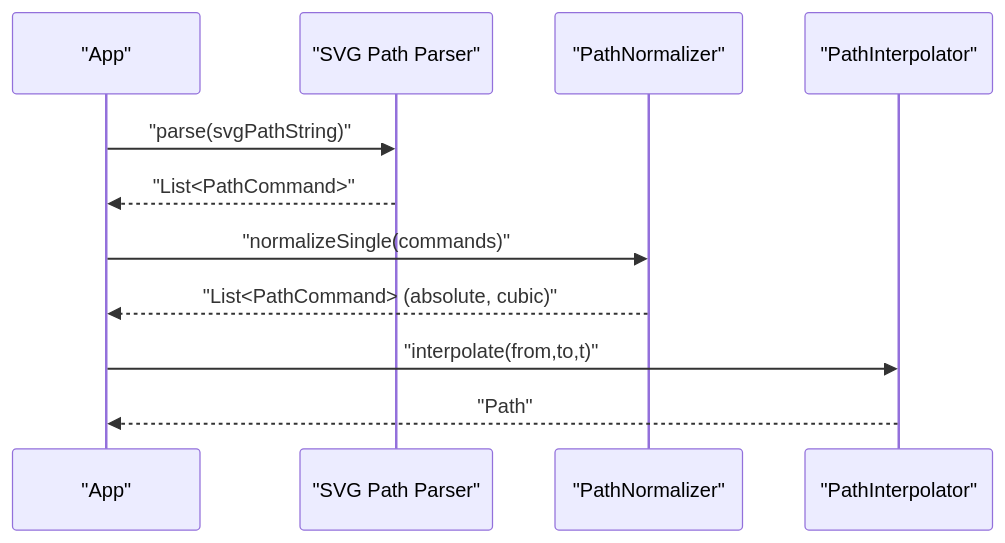
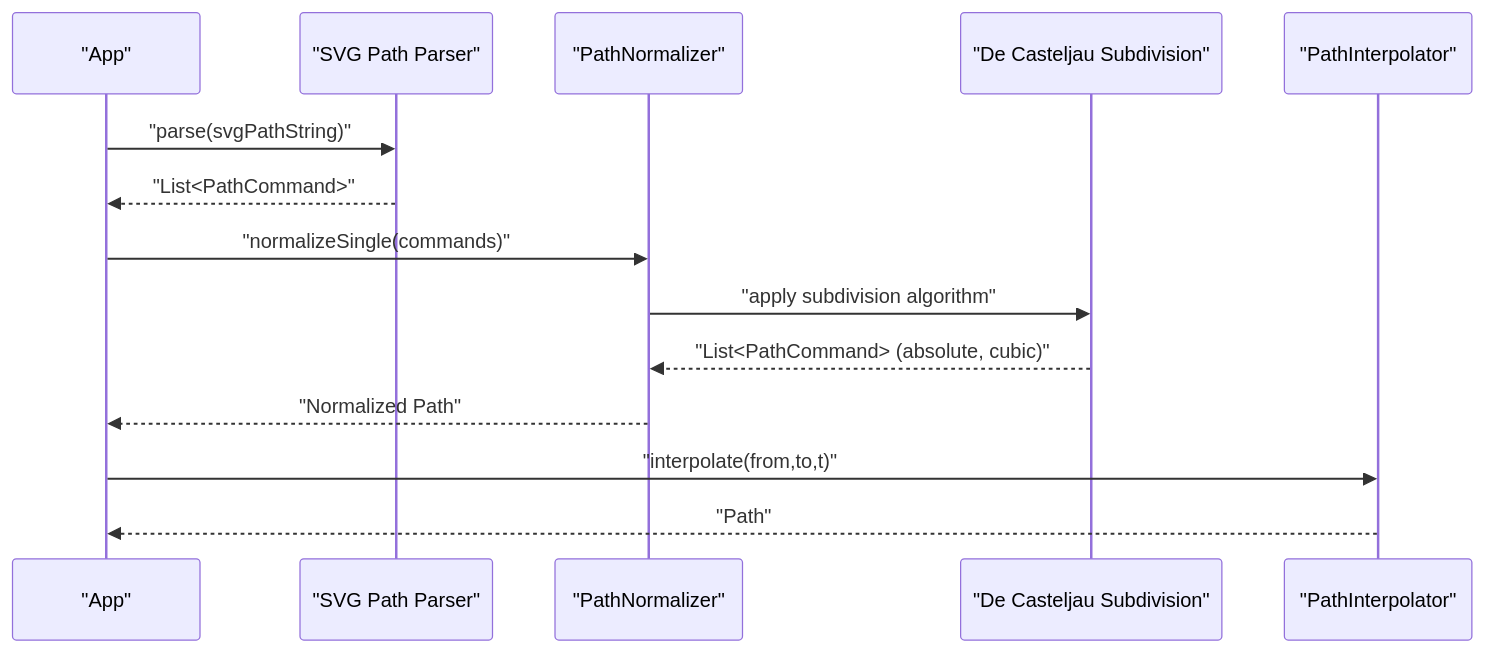
One commit to denisnadey/flutter_full_svg_support changed the seventh of 8 diagrams in .qoder/repowiki/en/content/Animated SVG Support/Advanced Animation Features/Path Morphing and Shape Interpolation.md. Above: the diagram before and after it, drawn with Mermaid. The commit also changed other lines of this file and 101 other files, not shown here.

First line of the commit message:
feat(path-morphing): implement de Casteljau subdivision for path normalization

````diff
--- a/.qoder/repowiki/en/content/Animated SVG Support/Advanced Animation Features/Path Morphing and Shape Interpolation.md
+++ b/.qoder/repowiki/en/content/Animated SVG Support/Advanced Animation Features/Path Morphing and Shape Interpolation.md
@@ -344,13 +381,16 @@
 ```mermaid
 sequenceDiagram
 participant App as "App"
 participant Parser as "SVG Path Parser"
 participant Normalizer as "PathNormalizer"
+participant Subdivision as "De Casteljau Subdivision"
 participant Interp as "PathInterpolator"
 App->>Parser : "parse(svgPathString)"
 Parser-->>App : "List<PathCommand>"
 App->>Normalizer : "normalizeSingle(commands)"
-Normalizer-->>App : "List<PathCommand> (absolute, cubic)"
+Normalizer->>Subdivision : "apply subdivision algorithm"
+Subdivision-->>Normalizer : "List<PathCommand> (absolute, cubic)"
+Normalizer-->>App : "Normalized Path"
 App->>Interp : "interpolate(from,to,t)"
 Interp-->>App : "Path"
 ```
````
